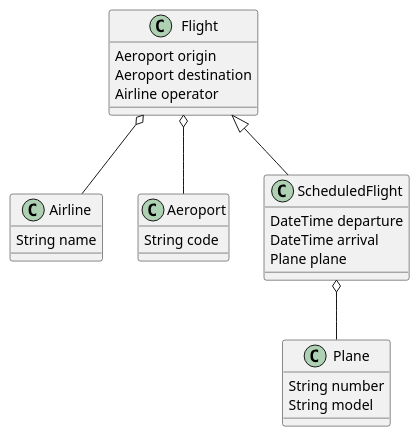
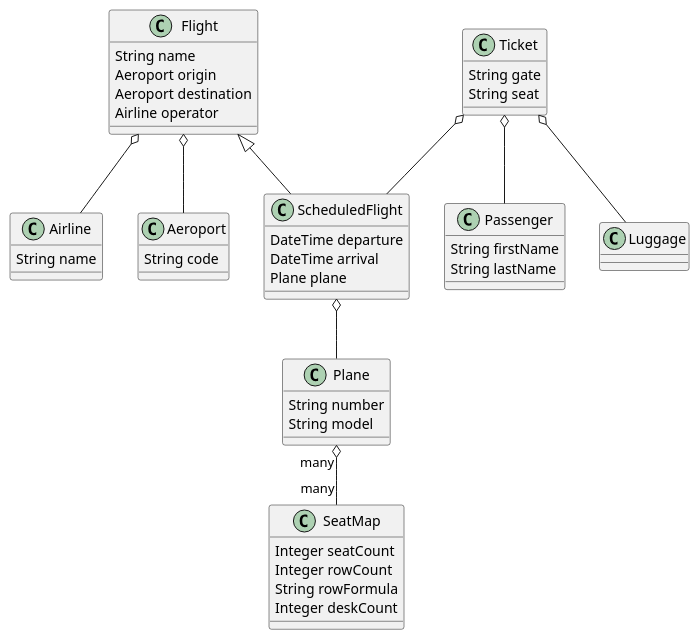
One commit to rutven/aeroport-management changed the diagram in project.plantuml. Above: the diagram before and after it, drawn with PlantUML.

Commit message:
Added ticket and passenger to the model

```diff
--- a/project.plantuml
+++ b/project.plantuml
@@ -1,35 +1,63 @@
 @startuml Aeroport management system domain model
 
 class Airline {
     String name
 }
 
 class Aeroport {
     String code
 }
 
 class Flight {
+    String name
     Aeroport origin
     Aeroport destination
     Airline operator
 }
 
 Flight o-- Aeroport
 Flight o-- Airline
 
 class Plane {
     String number
     String model
 }
 
+class SeatMap {
+    Integer seatCount
+    Integer rowCount
+    String rowFormula
+    Integer deskCount
+}
+
+Plane "many" o-- "many" SeatMap
+
 class ScheduledFlight {
     DateTime departure
     DateTime arrival
     Plane plane
+
 }
 
 ScheduledFlight o-- Plane
-
 Flight <|-- ScheduledFlight
 
+class Passenger {
+    String firstName
+    String lastName    
+}
+
+class Ticket {
+    String gate
+    String seat
+}
+
+Ticket o-- ScheduledFlight
+Ticket o-- Passenger
+
+class Luggage {
+}
+
+Ticket o-- Luggage
+
 @enduml
```
